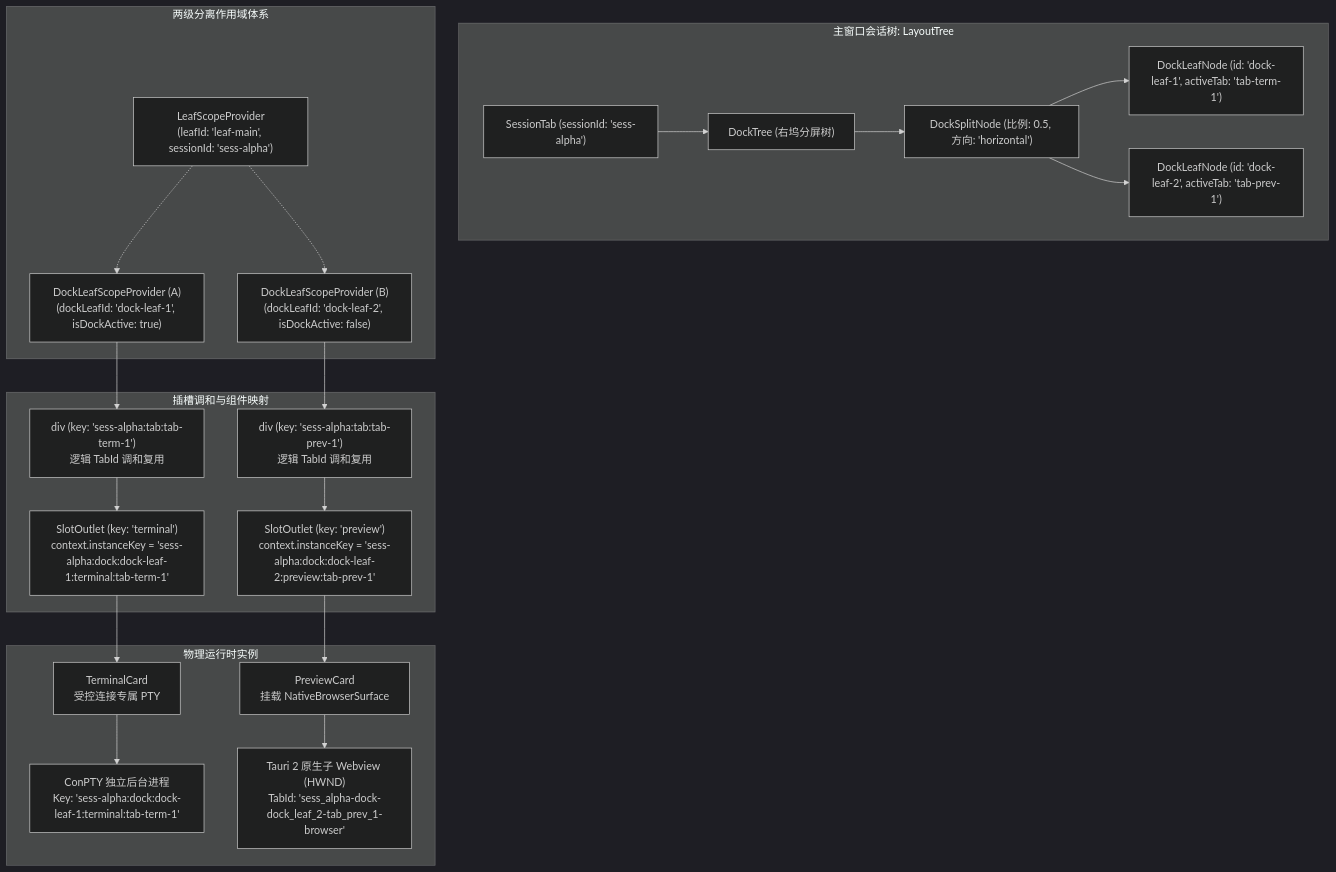
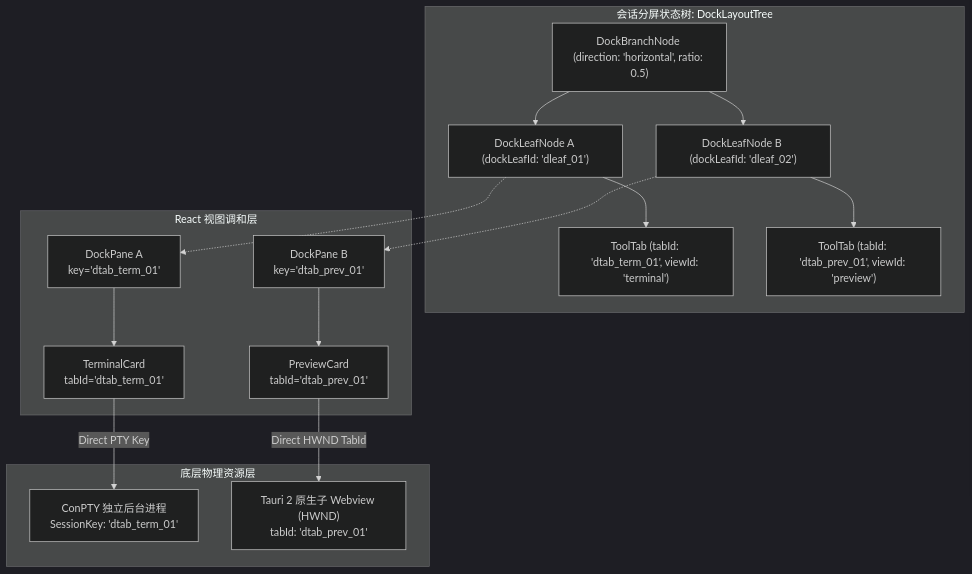
The first of 3 diagrams in docs/dock-split-system/analysis/05-多窗格运行时与资源生命周期.md (atobelix/crish), drawn with Mermaid (dark theme) before and after one commit. The commit also changed other lines of this file and 98 other files, not shown here.

First line of the commit message:
feat(dock): land split dock topology, multi-pane runtime and standalone terminal [BATCH-DOCK-SPLIT]

````diff
--- a/docs/dock-split-system/analysis/05-多窗格运行时与资源生命周期.md
+++ b/docs/dock-split-system/analysis/05-多窗格运行时与资源生命周期.md
@@ -704,43 +509,39 @@
 ```mermaid
 flowchart TD
-    subgraph TreeRoot [主窗口会话树: LayoutTree]
-        SessionTab["SessionTab (sessionId: 'sess-alpha')"]
-        DockTree["DockTree (右坞分屏树)"]
-        SessionTab --> DockTree
-        DockSplitNode["DockSplitNode (比例: 0.5, 方向: 'horizontal')"]
-        DockTree --> DockSplitNode
-        DockLeafA["DockLeafNode (id: 'dock-leaf-1', activeTab: 'tab-term-1')"]
-        DockLeafB["DockLeafNode (id: 'dock-leaf-2', activeTab: 'tab-prev-1')"]
-        DockSplitNode --> DockLeafA
-        DockSplitNode --> DockLeafB
+    subgraph LayoutState ["会话分屏状态树: DockLayoutTree"]
+        RootBranch["DockBranchNode (direction: 'horizontal', ratio: 0.5)"]
+        LeafA["DockLeafNode A (dockLeafId: 'dleaf_01')"]
+        LeafB["DockLeafNode B (dockLeafId: 'dleaf_02')"]
+        
+        RootBranch --> LeafA
+        RootBranch --> LeafB
+        
+        TabA1["ToolTab (tabId: 'dtab_term_01', viewId: 'terminal')"]
+        TabB1["ToolTab (tabId: 'dtab_prev_01', viewId: 'preview')"]
+        
+        LeafA --> TabA1
+        LeafB --> TabB1
     end
 
-    subgraph ScopeCascading [两级分离作用域体系]
-        LeafScope["LeafScopeProvider\n(leafId: 'leaf-main', sessionId: 'sess-alpha')"]
-        DockScopeA["DockLeafScopeProvider (A)\n(dockLeafId: 'dock-leaf-1', isDockActive: true)"]
-        DockScopeB["DockLeafScopeProvider (B)\n(dockLeafId: 'dock-leaf-2', isDockActive: false)"]
-        LeafScope -.-> DockScopeA
-        LeafScope -.-> DockScopeB
+    subgraph ReactLayer ["React 视图调和层"]
+        PaneA["DockPane A\nkey='dtab_term_01'"]
+        PaneB["DockPane B\nkey='dtab_prev_01'"]
+        
+        TermComp["TerminalCard\ntabId='dtab_term_01'"]
+        PrevComp["PreviewCard\ntabId='dtab_prev_01'"]
+        
+        PaneA --> TermComp
+        PaneB --> PrevComp
     end
 
-    subgraph OutletMapping [插槽调和与组件映射]
-        DivWrapA["div (key: 'sess-alpha:tab:tab-term-1')\n逻辑 TabId 调和复用"]
-        DivWrapB["div (key: 'sess-alpha:tab:tab-prev-1')\n逻辑 TabId 调和复用"]
-        SlotOutletA["SlotOutlet (key: 'terminal')\ncontext.instanceKey = 'sess-alpha:dock:dock-leaf-1:terminal:tab-term-1'"]
-        SlotOutletB["SlotOutlet (key: 'preview')\ncontext.instanceKey = 'sess-alpha:dock:dock-leaf-2:preview:tab-prev-1'"]
-        DockScopeA --> DivWrapA --> SlotOutletA
-        DockScopeB --> DivWrapB --> SlotOutletB
+    subgraph RuntimeLayer ["底层物理资源层"]
+        PtyProc["ConPTY 独立后台进程\nSessionKey: 'dtab_term_01'"]
+        WebviewWin["Tauri 2 原生子 Webview (HWND)\ntabId: 'dtab_prev_01'"]
+        
+        TermComp -->|Direct PTY Key| PtyProc
+        PrevComp -->|Direct HWND TabId| WebviewWin
     end
 
-    subgraph RuntimeInstances [物理运行时实例]
-        TermComp["TerminalCard\n受控连接专属 PTY"]
-        PrevComp["PreviewCard\n挂载 NativeBrowserSurface"]
-        SlotOutletA --> TermComp
-        SlotOutletB --> PrevComp
-
-        ConPTY["ConPTY 独立后台进程\nKey: 'sess-alpha:dock:dock-leaf-1:terminal:tab-term-1'"]
-        NativeWebview["Tauri 2 原生子 Webview (HWND)\nTabId: 'sess_alpha-dock-dock_leaf_2-tab_prev_1-browser'"]
-        TermComp --> ConPTY
-        PrevComp --> NativeWebview
-    end
+    LeafA -.-> PaneA
+    LeafB -.-> PaneB
 ```
````
